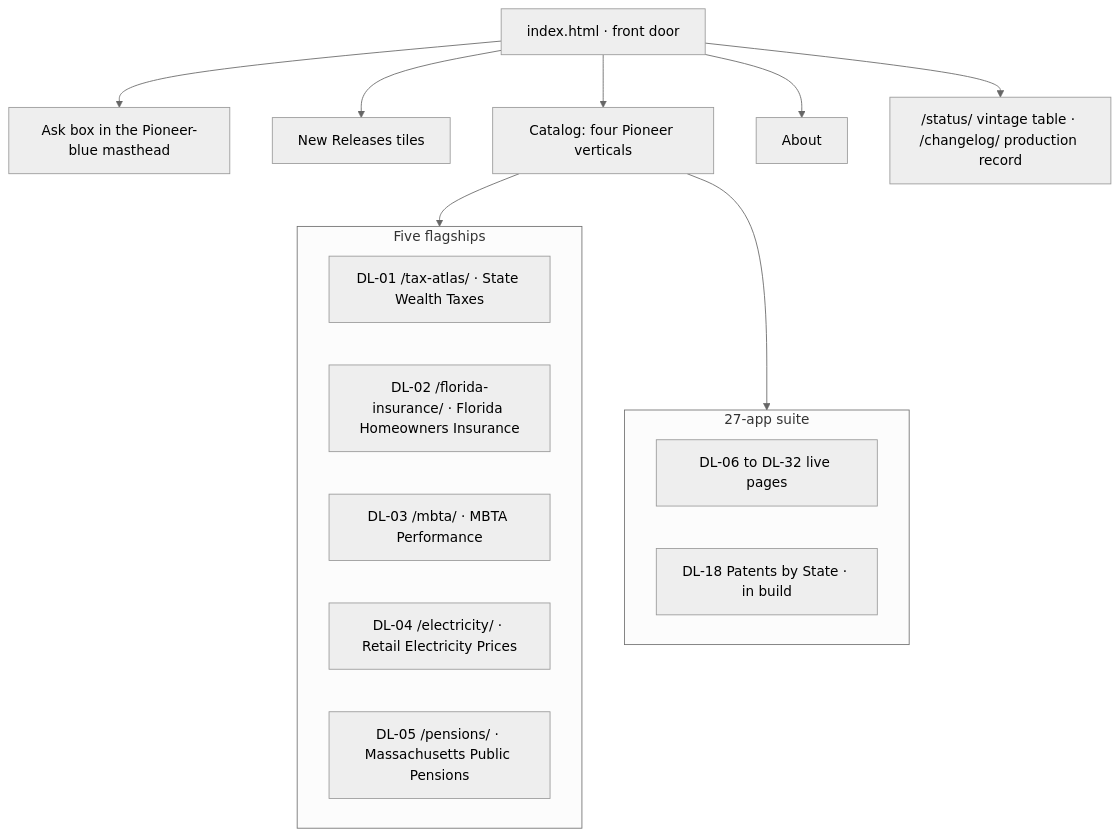
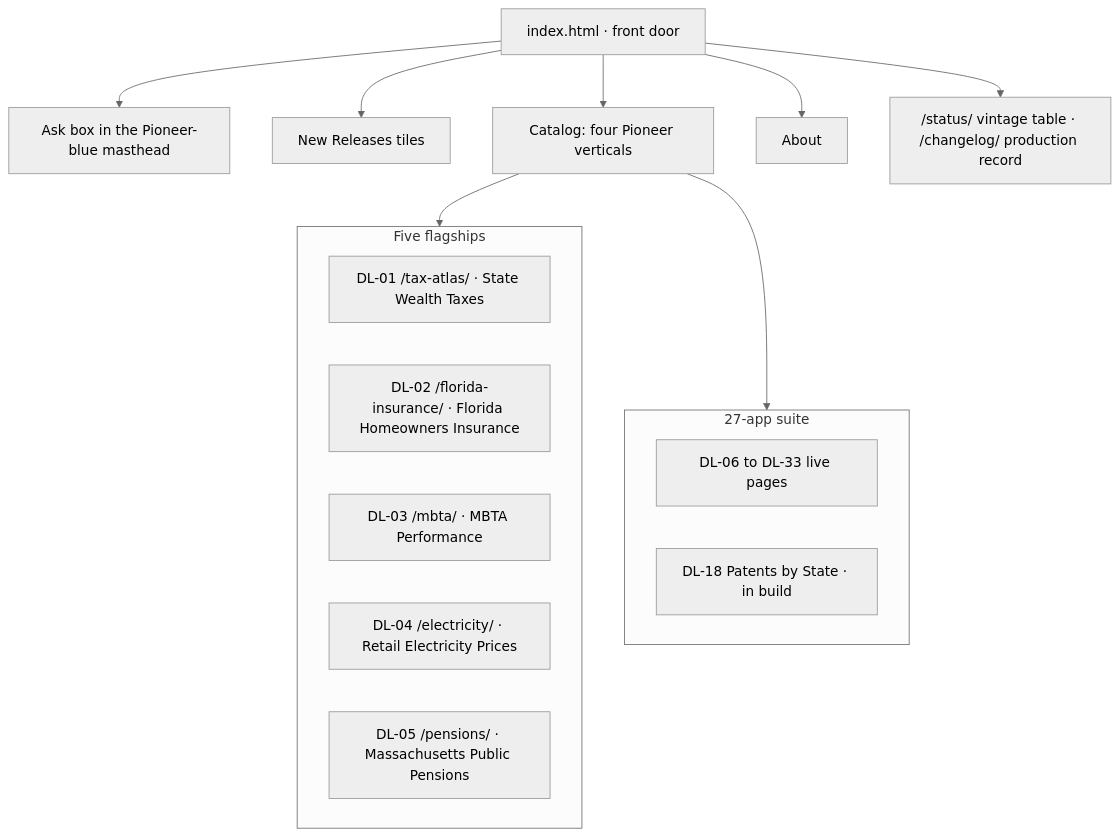
The second of 8 diagrams in ARCHITECTURE.md (jcalabr3ez/datalabs-prototype), drawn with Mermaid (neutral theme) before and after one commit. The commit also changed other lines of this file and 30 other files, not shown here.

````diff
--- a/ARCHITECTURE.md
+++ b/ARCHITECTURE.md
@@ -39,23 +39,23 @@
 ```mermaid
 flowchart TB
   Door["index.html · front door"]
   Door --> AskBox[Ask box in the Pioneer-blue masthead]
   Door --> Releases[New Releases tiles]
   Door --> Catalog[Catalog: four Pioneer verticals]
   Door --> About[About]
   Catalog --> Flagships
   Catalog --> Suite
   subgraph Flagships [Five flagships]
     DL01["DL-01 /tax-atlas/ · State Wealth Taxes"]
     DL02["DL-02 /florida-insurance/ · Florida Homeowners Insurance"]
     DL03["DL-03 /mbta/ · MBTA Performance"]
     DL04["DL-04 /electricity/ · Retail Electricity Prices"]
     DL05["DL-05 /pensions/ · Massachusetts Public Pensions"]
   end
   subgraph Suite [27-app suite]
-    Live["DL-06 to DL-32 live pages"]
+    Live["DL-06 to DL-33 live pages"]
     Stub["DL-18 Patents by State · in build"]
   end
   Ops["/status/ vintage table · /changelog/ production record"]
   Door --> Ops
 ```
````
